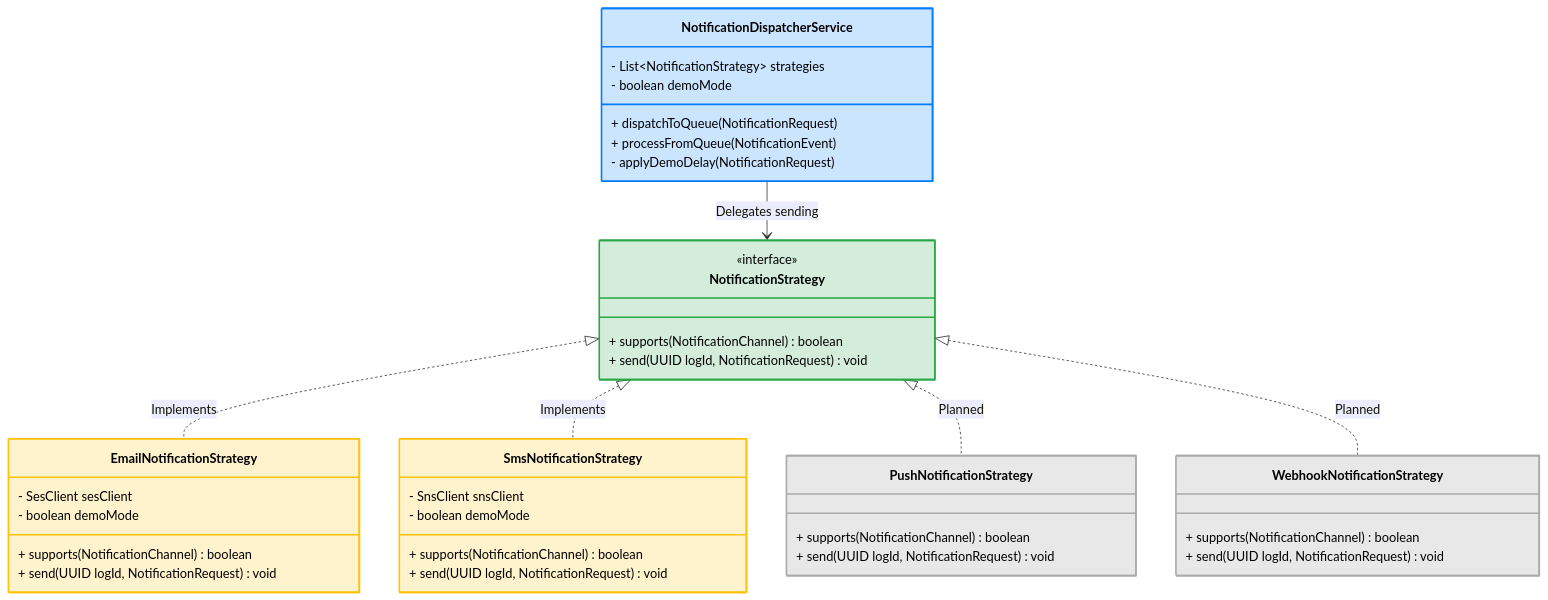
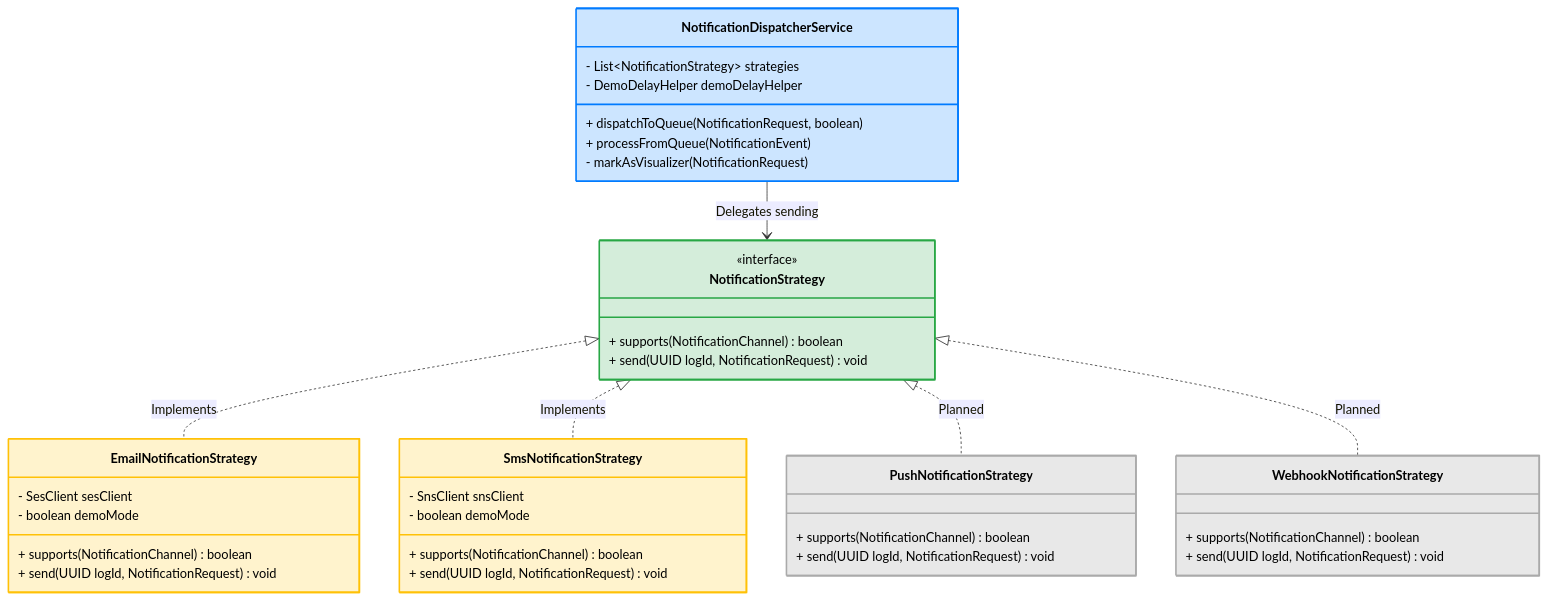
The third of 4 diagrams in ARCHITECTURE.md (pmfml/multi-channel-notification-engine), drawn with Mermaid before and after one commit. The commit also changed other lines of this file and 15 other files, not shown here.

````diff
--- a/ARCHITECTURE.md
+++ b/ARCHITECTURE.md
@@ -83,53 +83,53 @@
 ```mermaid
 classDiagram
     class NotificationDispatcherService {
         - List~NotificationStrategy~ strategies
-        - boolean demoMode
-        + dispatchToQueue(NotificationRequest)
+        - DemoDelayHelper demoDelayHelper
+        + dispatchToQueue(NotificationRequest, boolean)
         + processFromQueue(NotificationEvent)
-        - applyDemoDelay(NotificationRequest)
+        - markAsVisualizer(NotificationRequest)
     }
 
     class NotificationStrategy {
         <<interface>>
         + supports(NotificationChannel) boolean
         + send(UUID logId, NotificationRequest) void
     }
 
     class EmailNotificationStrategy {
         - SesClient sesClient
         - boolean demoMode
         + supports(NotificationChannel) boolean
         + send(UUID logId, NotificationRequest) void
     }
 
     class SmsNotificationStrategy {
         - SnsClient snsClient
         - boolean demoMode
         + supports(NotificationChannel) boolean
         + send(UUID logId, NotificationRequest) void
     }
 
     class PushNotificationStrategy {
         + supports(NotificationChannel) boolean
         + send(UUID logId, NotificationRequest) void
     }
 
     class WebhookNotificationStrategy {
         + supports(NotificationChannel) boolean
         + send(UUID logId, NotificationRequest) void
     }
 
     NotificationDispatcherService --> NotificationStrategy : Delegates sending
     NotificationStrategy <|.. EmailNotificationStrategy : Implements
     NotificationStrategy <|.. SmsNotificationStrategy : Implements
     NotificationStrategy <|.. PushNotificationStrategy : Planned
     NotificationStrategy <|.. WebhookNotificationStrategy : Planned
 
     style NotificationDispatcherService fill:#cce5ff,stroke:#007bff,stroke-width:2px,color:#000000
     style NotificationStrategy fill:#d4edda,stroke:#28a745,stroke-width:2px,color:#000000
     style EmailNotificationStrategy fill:#fff3cd,stroke:#ffc107,stroke-width:2px,color:#000000
     style SmsNotificationStrategy fill:#fff3cd,stroke:#ffc107,stroke-width:2px,color:#000000
     style PushNotificationStrategy fill:#e8e8e8,stroke:#aaaaaa,stroke-width:2px,color:#000000
     style WebhookNotificationStrategy fill:#e8e8e8,stroke:#aaaaaa,stroke-width:2px,color:#000000
 ```
````
